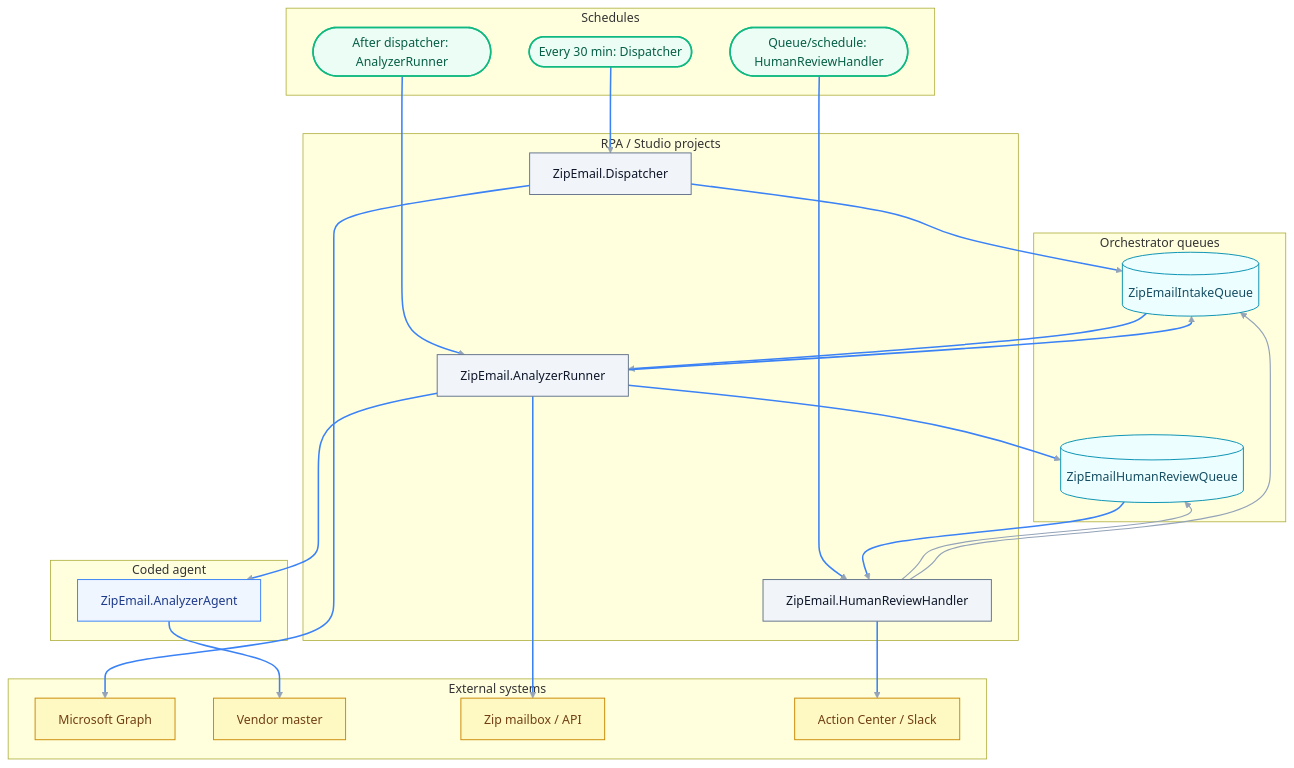
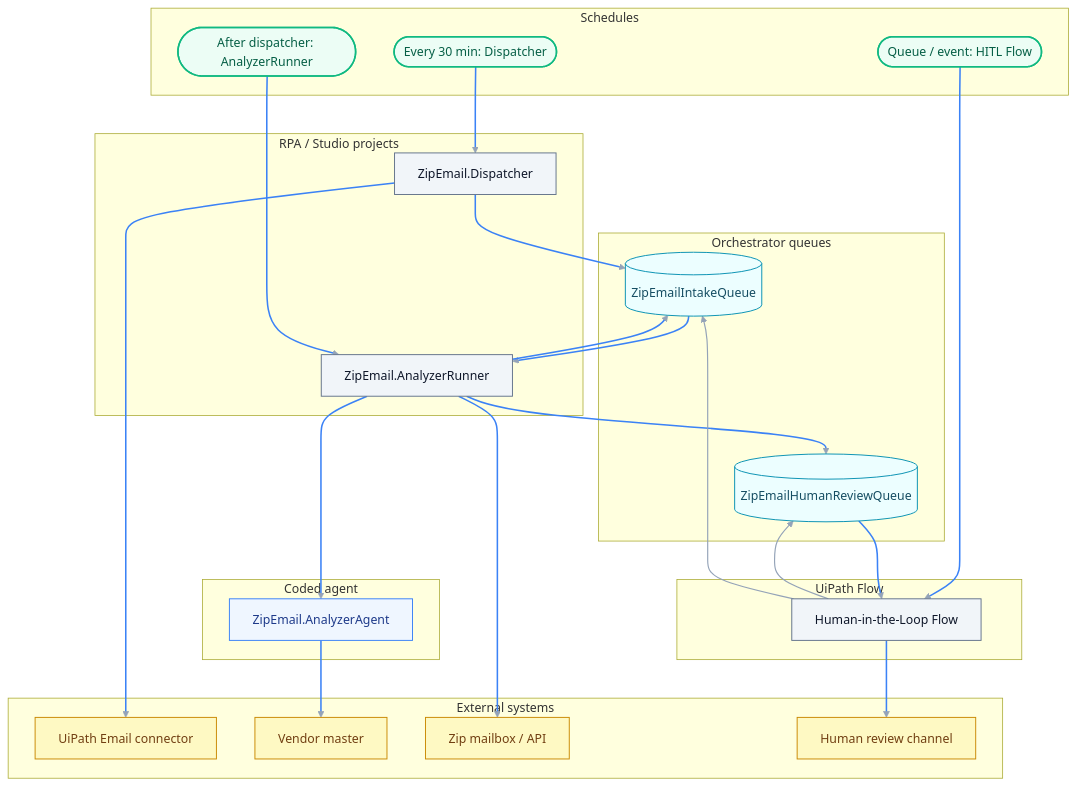
Before and after one commit to DanielaRosenn/uiplan-agent-of-agents: the first of 2 diagrams in .cursor/plans/2026-04-27-zip-email-automation-uiplan-build/spec.md, drawn with Mermaid. The commit also changed other lines of this file and 5 other files, not shown here.

First line of the commit message:
uiplan: improve mermaid preview defaults

````diff
--- a/.cursor/plans/2026-04-27-zip-email-automation-uiplan-build/spec.md
+++ b/.cursor/plans/2026-04-27-zip-email-automation-uiplan-build/spec.md
@@ -137,50 +139,52 @@
 ```mermaid
 flowchart TB
   subgraph Schedule["Schedules"]
     DispatchSchedule([Every 30 min: Dispatcher]):::start
     AnalyzeSchedule([After dispatcher: AnalyzerRunner]):::start
-    ReviewTrigger([Queue/schedule: HumanReviewHandler]):::start
+    ReviewTrigger([Queue / event: HITL Flow]):::start
   end
   subgraph RPA["RPA / Studio projects"]
     Dispatcher[ZipEmail.Dispatcher]:::process
     AnalyzerRunner[ZipEmail.AnalyzerRunner]:::process
-    HumanReview[ZipEmail.HumanReviewHandler]:::process
+  end
+  subgraph Flow["UiPath Flow"]
+    HumanReview[Human-in-the-Loop Flow]:::process
   end
   subgraph Agent["Coded agent"]
     AnalyzerAgent[ZipEmail.AnalyzerAgent]:::service
   end
   subgraph Queues["Orchestrator queues"]
     Intake[(ZipEmailIntakeQueue)]:::data
     Review[(ZipEmailHumanReviewQueue)]:::data
   end
   subgraph External["External systems"]
-    Graph[Microsoft Graph]:::external
+    Email[UiPath Email connector]:::external
     Vendor[Vendor master]:::external
     Zip[Zip mailbox / API]:::external
-    ReviewChannel[Action Center / Slack]:::external
+    ReviewChannel[Human review channel]:::external
   end
   DispatchSchedule --> Dispatcher
-  Dispatcher --> Graph
+  Dispatcher --> Email
   Dispatcher --> Intake
   AnalyzeSchedule --> AnalyzerRunner
   Intake --> AnalyzerRunner
   AnalyzerRunner --> AnalyzerAgent
   AnalyzerAgent --> Vendor
   AnalyzerRunner --> Zip
   AnalyzerRunner --> Intake
   AnalyzerRunner --> Review
   ReviewTrigger --> HumanReview
   Review --> HumanReview
   HumanReview --> ReviewChannel
   HumanReview --> Review
   HumanReview --> Intake
 
   classDef start    fill:#ECFDF5,stroke:#10B981,color:#065F46,stroke-width:2px
   classDef service  fill:#EFF6FF,stroke:#3B82F6,color:#1E3A8A,stroke-width:1.25px
   classDef process  fill:#F1F5F9,stroke:#64748B,color:#0F172A,stroke-width:1.25px
   classDef external fill:#FEF9C3,stroke:#CA8A04,color:#713F12,stroke-width:1.25px
   classDef data     fill:#ECFEFF,stroke:#0891B2,color:#164E63,stroke-width:1.25px
 
   linkStyle default stroke:#94A3B8,stroke-width:1.5px
   linkStyle 0,1,2,3,4,5,6,7,8,9,10,11,12 stroke:#3B82F6,stroke-width:2px
 ```
````
